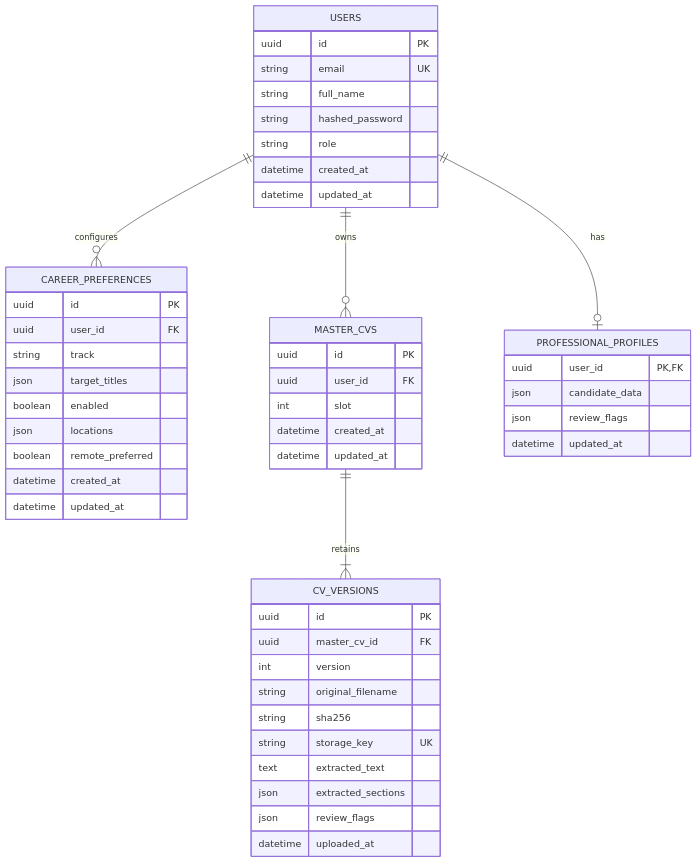
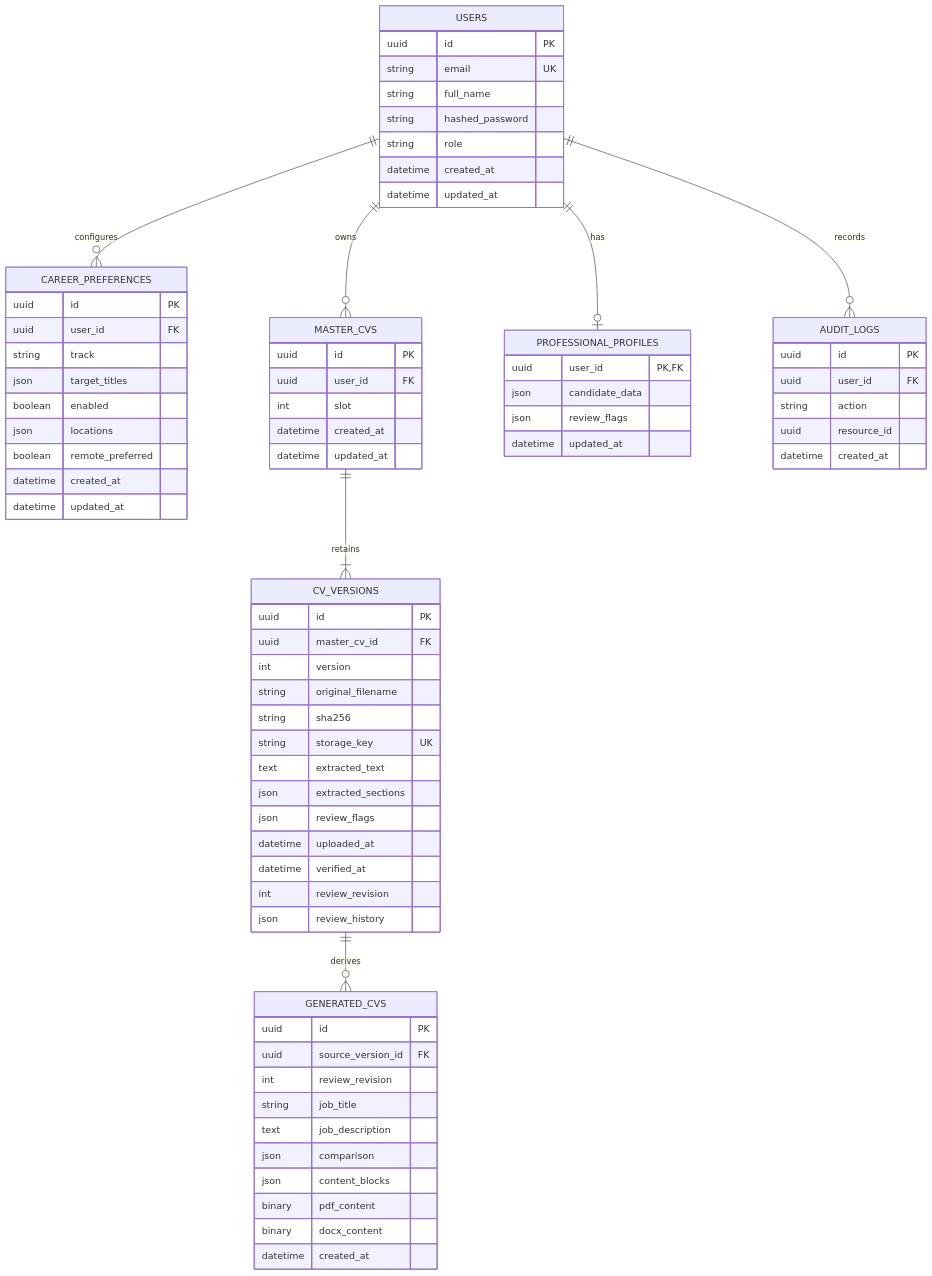
Before and after one commit to Wamuyukariuki/CareerPilot: the second of 3 diagrams in docs/architecture.md, drawn with Mermaid. The commit also changed other lines of this file and 34 other files, not shown here.

````diff
--- a/docs/architecture.md
+++ b/docs/architecture.md
@@ -41,52 +46,76 @@
 ```mermaid
 erDiagram
     USERS ||--o{ CAREER_PREFERENCES : configures
     USERS ||--o{ MASTER_CVS : owns
     USERS ||--o| PROFESSIONAL_PROFILES : has
     MASTER_CVS ||--|{ CV_VERSIONS : retains
+    CV_VERSIONS ||--o{ GENERATED_CVS : derives
+    USERS ||--o{ AUDIT_LOGS : records
     USERS {
         uuid id PK
         string email UK
         string full_name
         string hashed_password
         string role
         datetime created_at
         datetime updated_at
     }
     CAREER_PREFERENCES {
         uuid id PK
         uuid user_id FK
         string track
         json target_titles
         boolean enabled
         json locations
         boolean remote_preferred
         datetime created_at
         datetime updated_at
     }
     MASTER_CVS {
         uuid id PK
         uuid user_id FK
         int slot
         datetime created_at
         datetime updated_at
     }
     CV_VERSIONS {
         uuid id PK
         uuid master_cv_id FK
         int version
         string original_filename
         string sha256
         string storage_key UK
         text extracted_text
         json extracted_sections
         json review_flags
         datetime uploaded_at
+        datetime verified_at
+        int review_revision
+        json review_history
+    }
+    GENERATED_CVS {
+        uuid id PK
+        uuid source_version_id FK
+        int review_revision
+        string job_title
+        text job_description
+        json comparison
+        json content_blocks
+        binary pdf_content
+        binary docx_content
+        datetime created_at
+    }
+    AUDIT_LOGS {
+        uuid id PK
+        uuid user_id FK
+        string action
+        uuid resource_id
+        datetime created_at
     }
     PROFESSIONAL_PROFILES {
         uuid user_id PK, FK
         json candidate_data
         json review_flags
         datetime updated_at
     }
 ```
````
